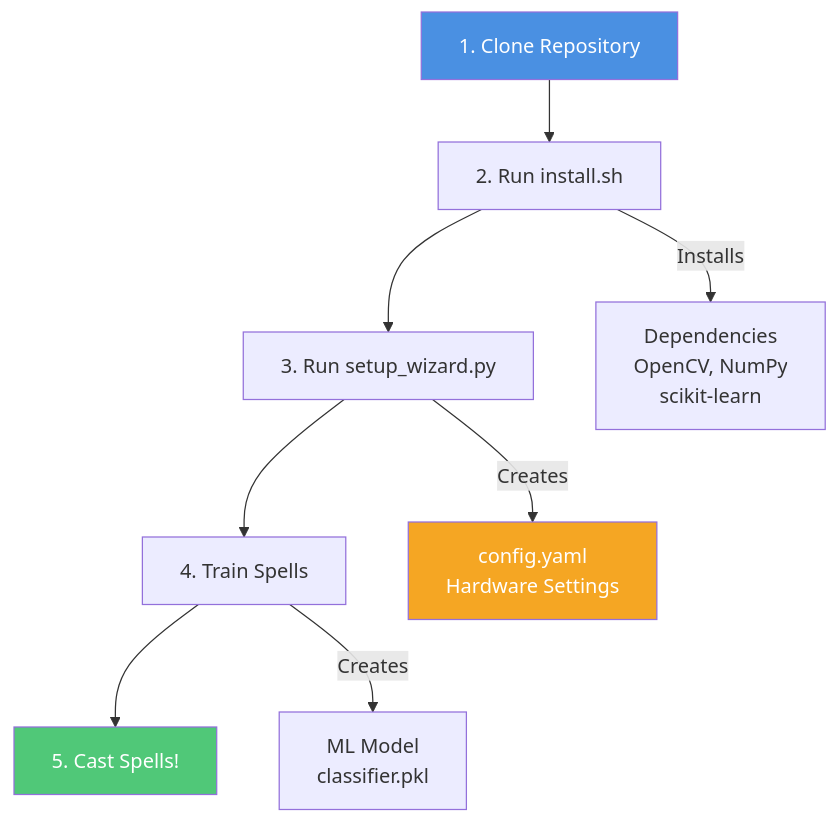
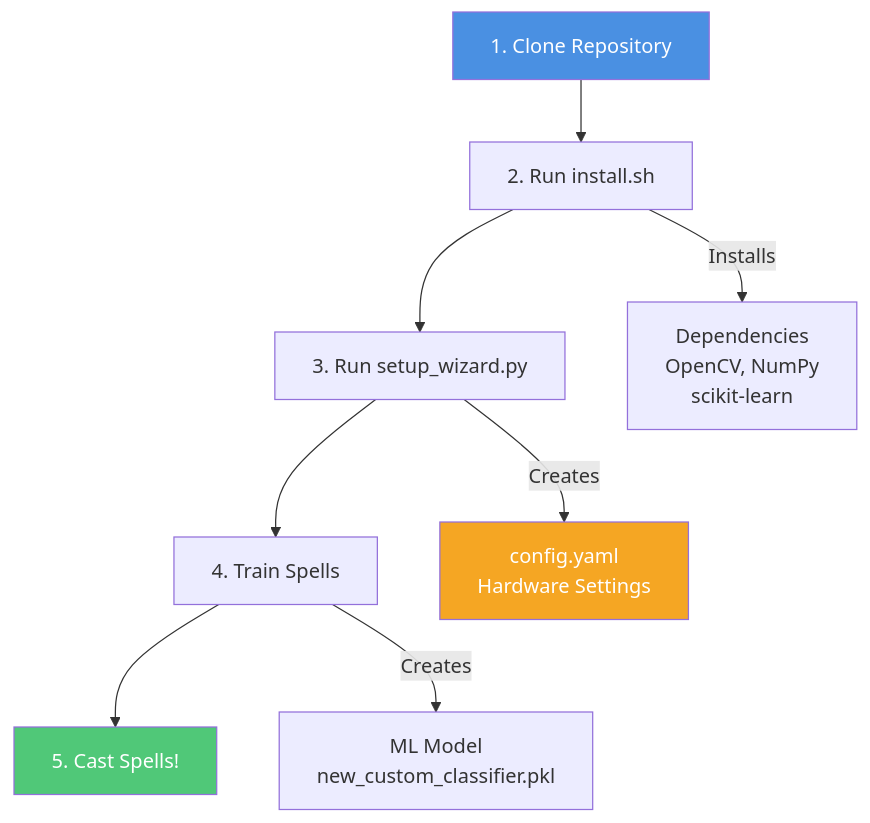
One commit to qfogarty/Interactive-Wand-Gesture-Recognition changed the second of 3 diagrams in README.md. Above: the diagram before and after it, drawn with Mermaid. The commit also changed other lines of this file and 22 other files, not shown here.

````diff
--- a/README.md
+++ b/README.md
@@ -65,15 +65,15 @@
 ```mermaid
 flowchart TD
     CLONE[1. Clone Repository] --> INSTALL[2. Run install.sh]
     INSTALL --> WIZARD[3. Run setup_wizard.py]
     WIZARD --> TRAIN[4. Train Spells]
     TRAIN --> RUN[5. Cast Spells!]
 
     INSTALL --> |Installs| DEPS[Dependencies<br/>OpenCV, NumPy<br/>scikit-learn]
     WIZARD --> |Creates| CONFIG[config.yaml<br/>Hardware Settings]
-    TRAIN --> |Creates| MODEL[ML Model<br/>classifier.pkl]
+    TRAIN --> |Creates| MODEL[ML Model<br/>new_custom_classifier.pkl]
 
     style CLONE fill:#4a90e2,color:#fff
     style RUN fill:#50c878,color:#fff
     style CONFIG fill:#f5a623,color:#fff
 ```
````
